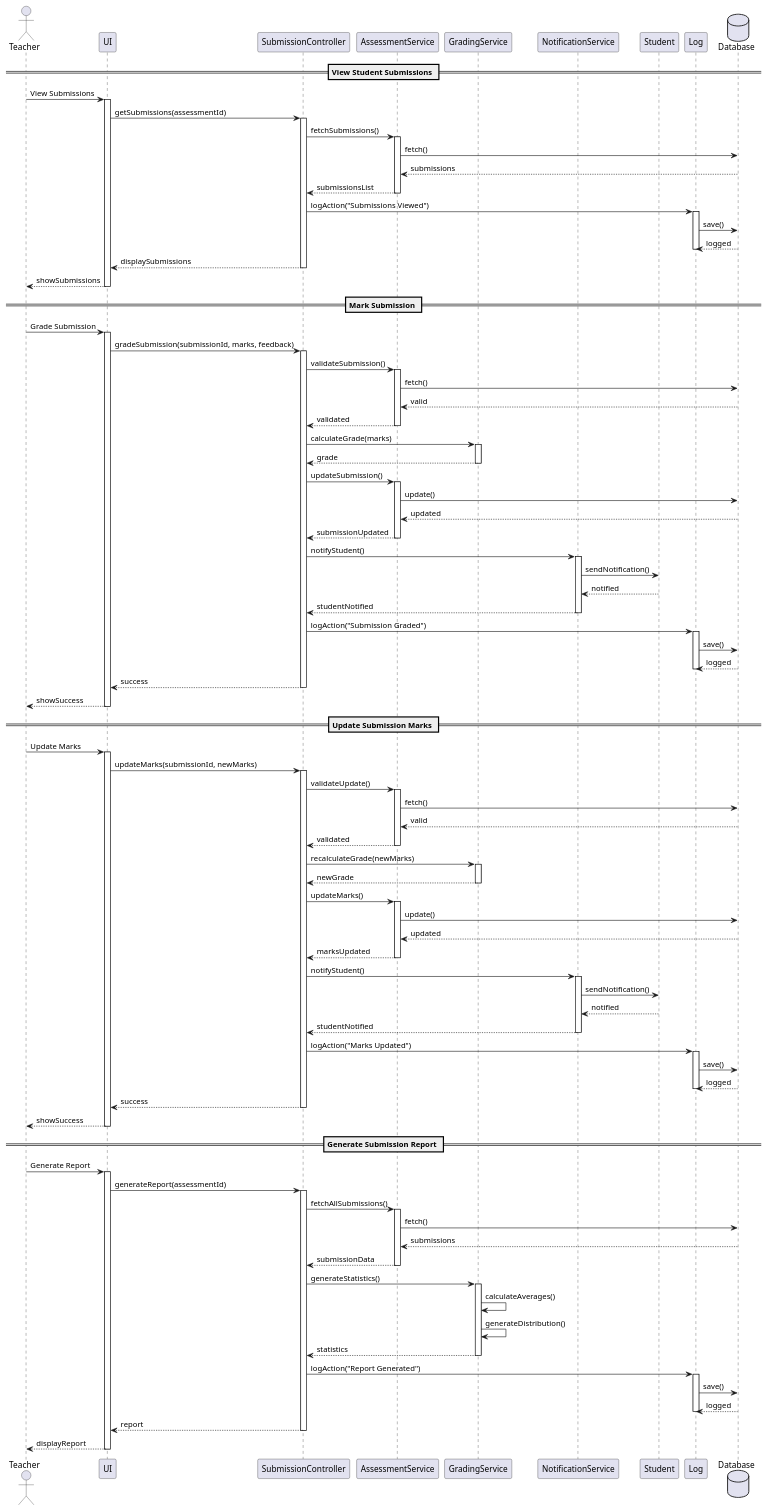
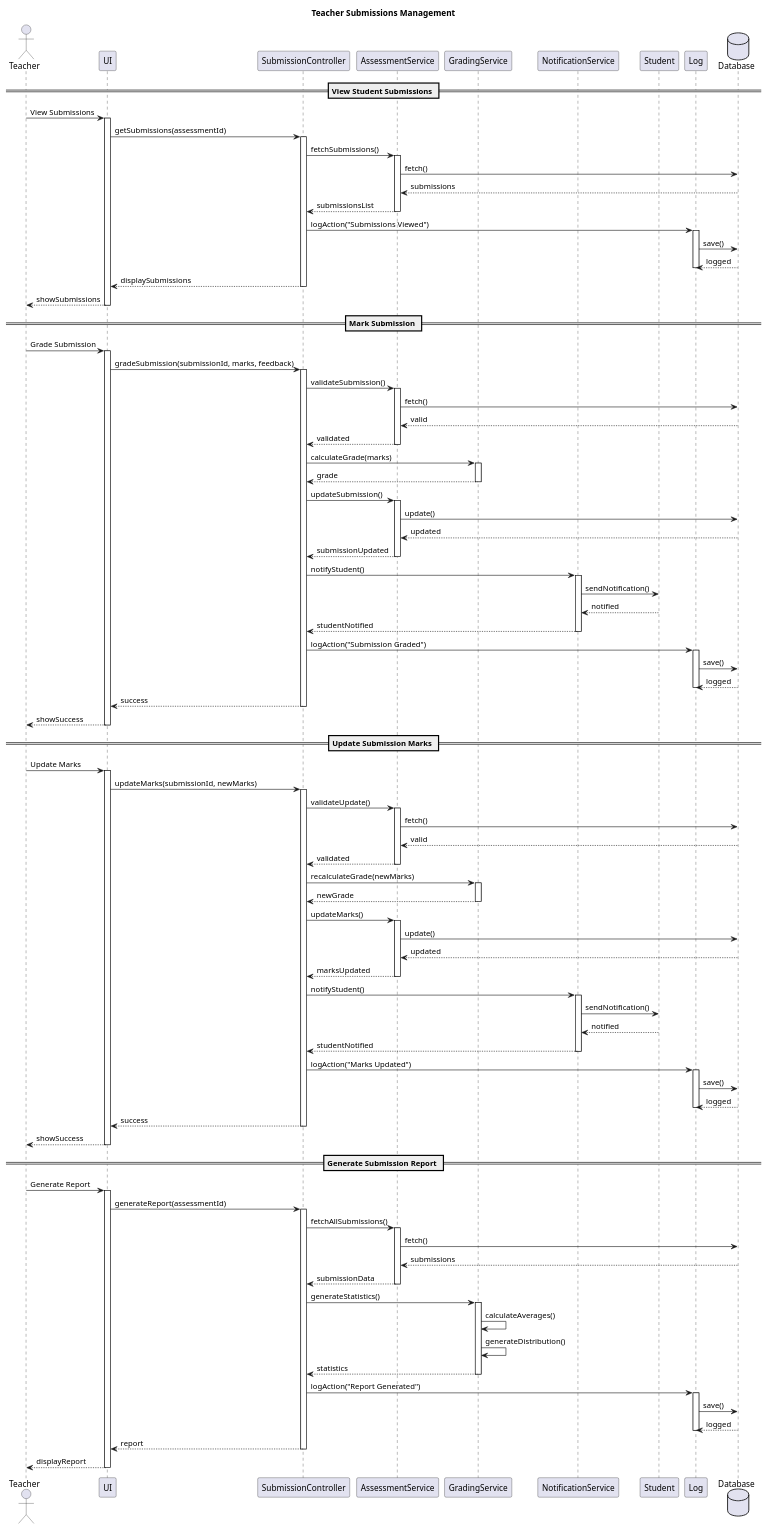
The diagram in docs/sequence/teacher-submissions-management.puml (AdithyaSean/School-Management-System), drawn with PlantUML before and after one commit. The commit also changed 15 other files, not shown here.

Commit message:
Add titles to use case and sequence diagrams; create new diagrams for attendance, profile, communication, and authentication management

```diff
--- a/docs/sequence/teacher-submissions-management.puml
+++ b/docs/sequence/teacher-submissions-management.puml
@@ -1,154 +1,155 @@
 @startuml Teacher Submissions Management
+title Teacher Submissions Management
 
 actor "Teacher" as T
 participant "UI" as UI
 participant "SubmissionController" as SC
 participant "AssessmentService" as AS
 participant "GradingService" as GS
 participant "NotificationService" as NS
 participant "Student" as S
 participant "Log" as L
 database "Database" as DB
 
 == View Student Submissions ==
 T -> UI: View Submissions
 activate UI
 UI -> SC: getSubmissions(assessmentId)
 activate SC
 
 SC -> AS: fetchSubmissions()
 activate AS
 AS -> DB: fetch()
 DB --> AS: submissions
 AS --> SC: submissionsList
 deactivate AS
 
 SC -> L: logAction("Submissions Viewed")
 activate L
 L -> DB: save()
 DB --> L: logged
 deactivate L
 
 SC --> UI: displaySubmissions
 deactivate SC
 UI --> T: showSubmissions
 deactivate UI
 
 == Mark Submission ==
 T -> UI: Grade Submission
 activate UI
 UI -> SC: gradeSubmission(submissionId, marks, feedback)
 activate SC
 
 SC -> AS: validateSubmission()
 activate AS
 AS -> DB: fetch()
 DB --> AS: valid
 AS --> SC: validated
 deactivate AS
 
 SC -> GS: calculateGrade(marks)
 activate GS
 GS --> SC: grade
 deactivate GS
 
 SC -> AS: updateSubmission()
 activate AS
 AS -> DB: update()
 DB --> AS: updated
 AS --> SC: submissionUpdated
 deactivate AS
 
 SC -> NS: notifyStudent()
 activate NS
 NS -> S: sendNotification()
 S --> NS: notified
 NS --> SC: studentNotified
 deactivate NS
 
 SC -> L: logAction("Submission Graded")
 activate L
 L -> DB: save()
 DB --> L: logged
 deactivate L
 
 SC --> UI: success
 deactivate SC
 UI --> T: showSuccess
 deactivate UI
 
 == Update Submission Marks ==
 T -> UI: Update Marks
 activate UI
 UI -> SC: updateMarks(submissionId, newMarks)
 activate SC
 
 SC -> AS: validateUpdate()
 activate AS
 AS -> DB: fetch()
 DB --> AS: valid
 AS --> SC: validated
 deactivate AS
 
 SC -> GS: recalculateGrade(newMarks)
 activate GS
 GS --> SC: newGrade
 deactivate GS
 
 SC -> AS: updateMarks()
 activate AS
 AS -> DB: update()
 DB --> AS: updated
 AS --> SC: marksUpdated
 deactivate AS
 
 SC -> NS: notifyStudent()
 activate NS
 NS -> S: sendNotification()
 S --> NS: notified
 NS --> SC: studentNotified
 deactivate NS
 
 SC -> L: logAction("Marks Updated")
 activate L
 L -> DB: save()
 DB --> L: logged
 deactivate L
 
 SC --> UI: success
 deactivate SC
 UI --> T: showSuccess
 deactivate UI
 
 == Generate Submission Report ==
 T -> UI: Generate Report
 activate UI
 UI -> SC: generateReport(assessmentId)
 activate SC
 
 SC -> AS: fetchAllSubmissions()
 activate AS
 AS -> DB: fetch()
 DB --> AS: submissions
 AS --> SC: submissionData
 deactivate AS
 
 SC -> GS: generateStatistics()
 activate GS
 GS -> GS: calculateAverages()
 GS -> GS: generateDistribution()
 GS --> SC: statistics
 deactivate GS
 
 SC -> L: logAction("Report Generated")
 activate L
 L -> DB: save()
 DB --> L: logged
 deactivate L
 
 SC --> UI: report
 deactivate SC
 UI --> T: displayReport
 deactivate UI
 
 @enduml
```
